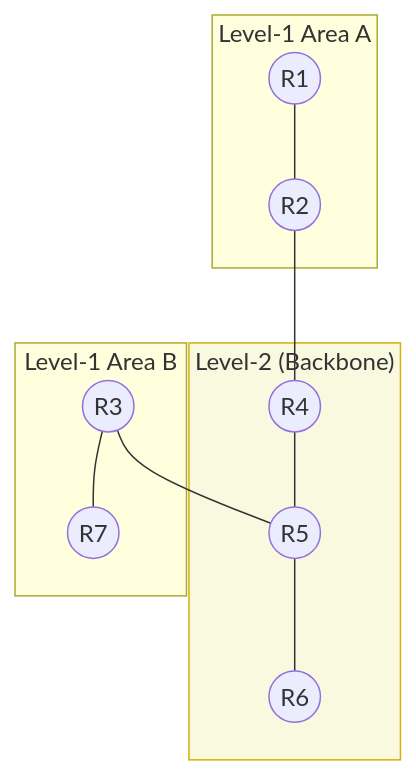
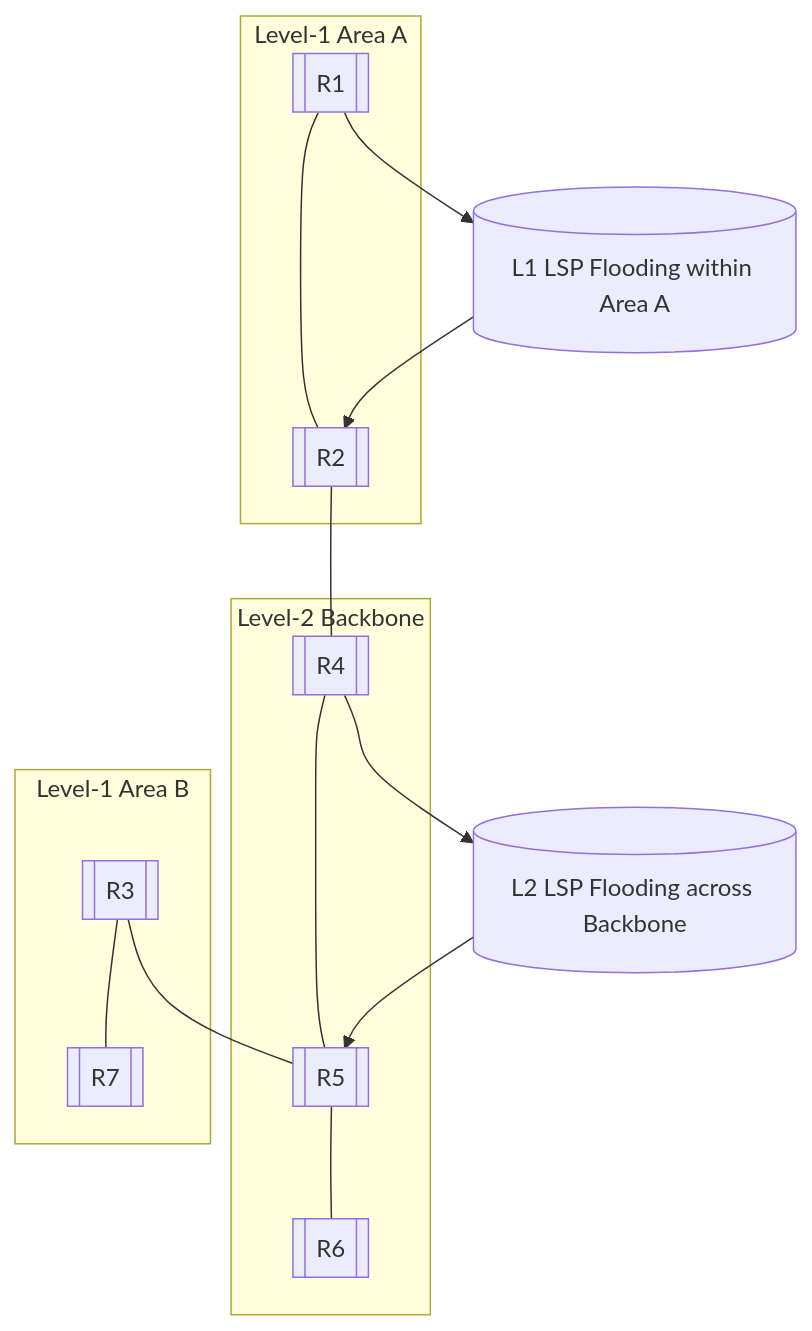
One commit to zilinglius/innovation_ii changed the sixth of 7 diagrams in docs/routing_protocol.md. Above: the diagram before and after it, drawn with Mermaid. The commit also changed other lines of this file, not shown here.

````diff
--- a/docs/routing_protocol.md
+++ b/docs/routing_protocol.md
@@ -114,15 +189,21 @@
 ```mermaid
-graph TD
-    subgraph L2["Level-2 (Backbone)"]
-        R4((R4)) --- R5((R5)) --- R6((R6))
-    end
-    subgraph L1A["Level-1 Area A"]
-        R1((R1)) --- R2((R2))
-    end
-    subgraph L1B["Level-1 Area B"]
-        R3((R3)) --- R7((R7))
-    end
-    R2 --- R4
-    R3 --- R5
-    style L2 fill:#f9f9e0,stroke:#d4b106
+flowchart TB
+  subgraph L2[Level-2 Backbone]
+    R4[[R4]] --- R5[[R5]] --- R6[[R6]]
+  end
+  subgraph L1A[Level-1 Area A]
+    R1[[R1]] --- R2[[R2]]
+  end
+  subgraph L1B[Level-1 Area B]
+    R3[[R3]] --- R7[[R7]]
+  end
+
+  R2 --- R4
+  R3 --- R5
+
+  LSP1[(L1 LSP Flooding within Area A)]
+  LSP2[(L2 LSP Flooding across Backbone)]
+
+  R1 --> LSP1 --> R2
+  R4 --> LSP2 --> R5
 ```
````
